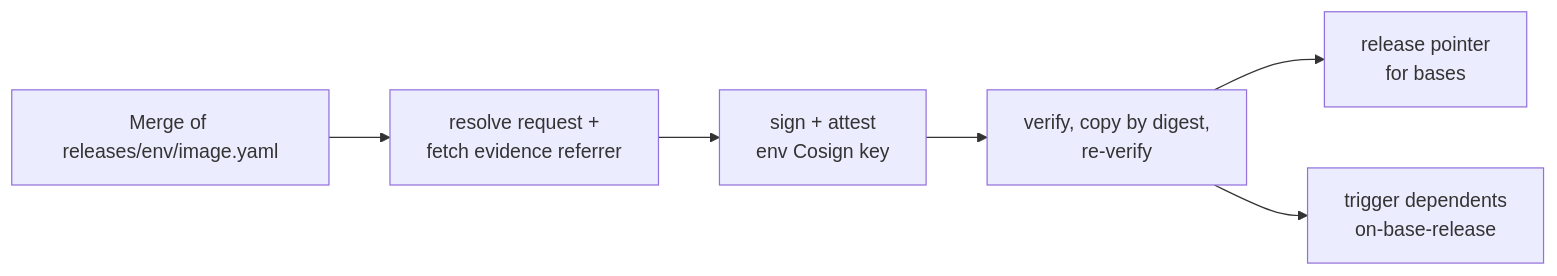
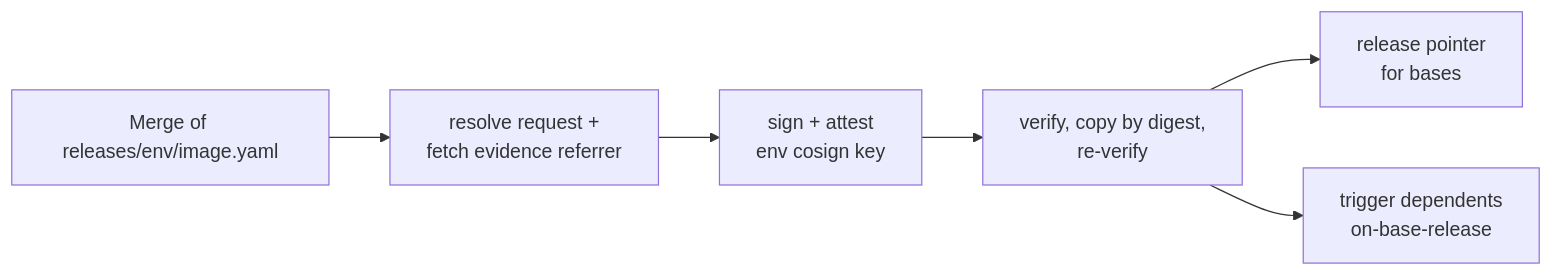
Before and after one commit to shamuraix/image-hardening-factory-starter: the third of 4 diagrams in docs/architecture.md, drawn with Mermaid. The commit also changed other lines of this file and 87 other files, not shown here.

````diff
--- a/docs/architecture.md
+++ b/docs/architecture.md
@@ -60,8 +135,8 @@
 ```mermaid
 flowchart LR
     merge[Merge of releases/env/image.yaml] --> resolve[resolve request +<br/>fetch evidence referrer]
-    resolve --> attest[sign + attest<br/>env Cosign key]
+    resolve --> attest[sign + attest<br/>env cosign key]
     attest --> promote[verify, copy by digest,<br/>re-verify]
     promote --> pointer[release pointer<br/>for bases]
     promote --> dependents[trigger dependents<br/>on-base-release]
 ```
````
